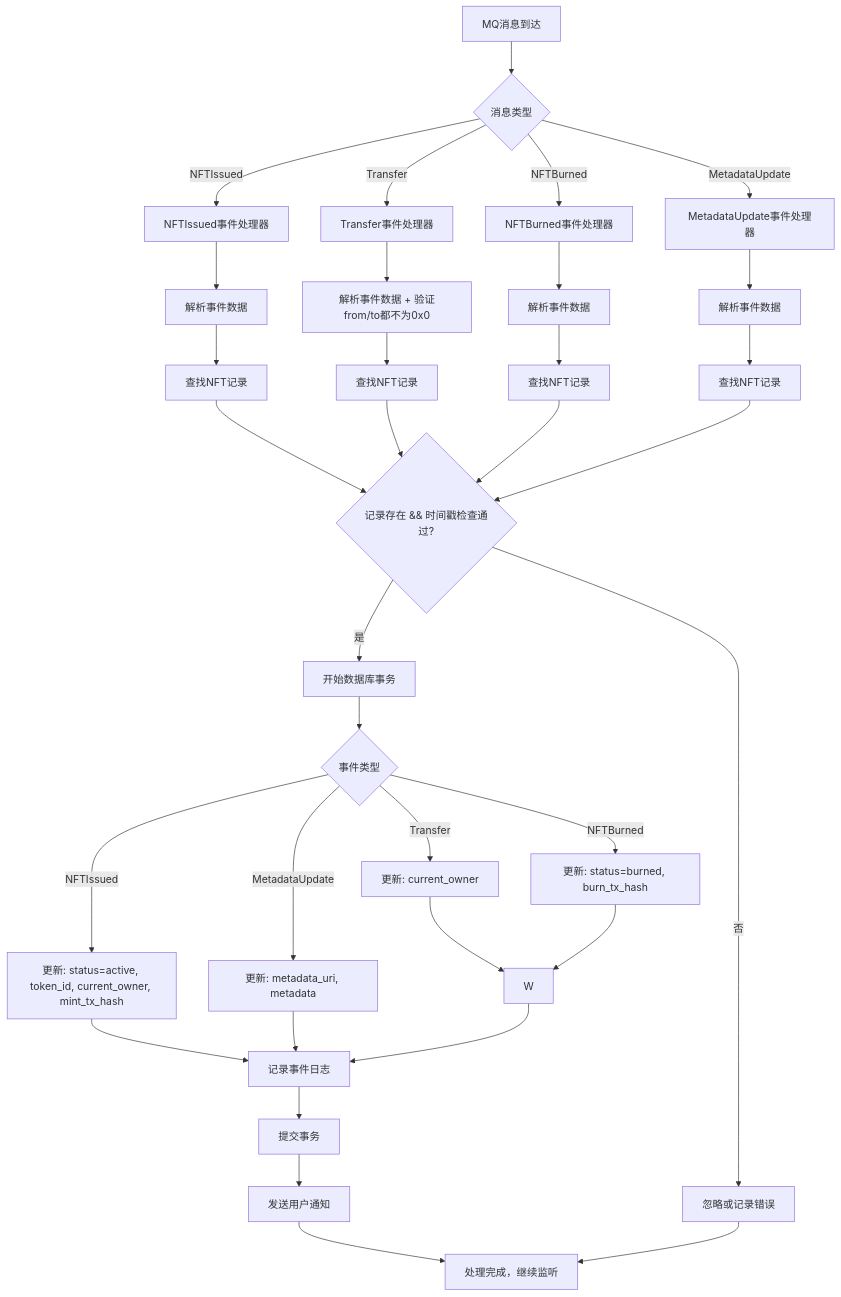
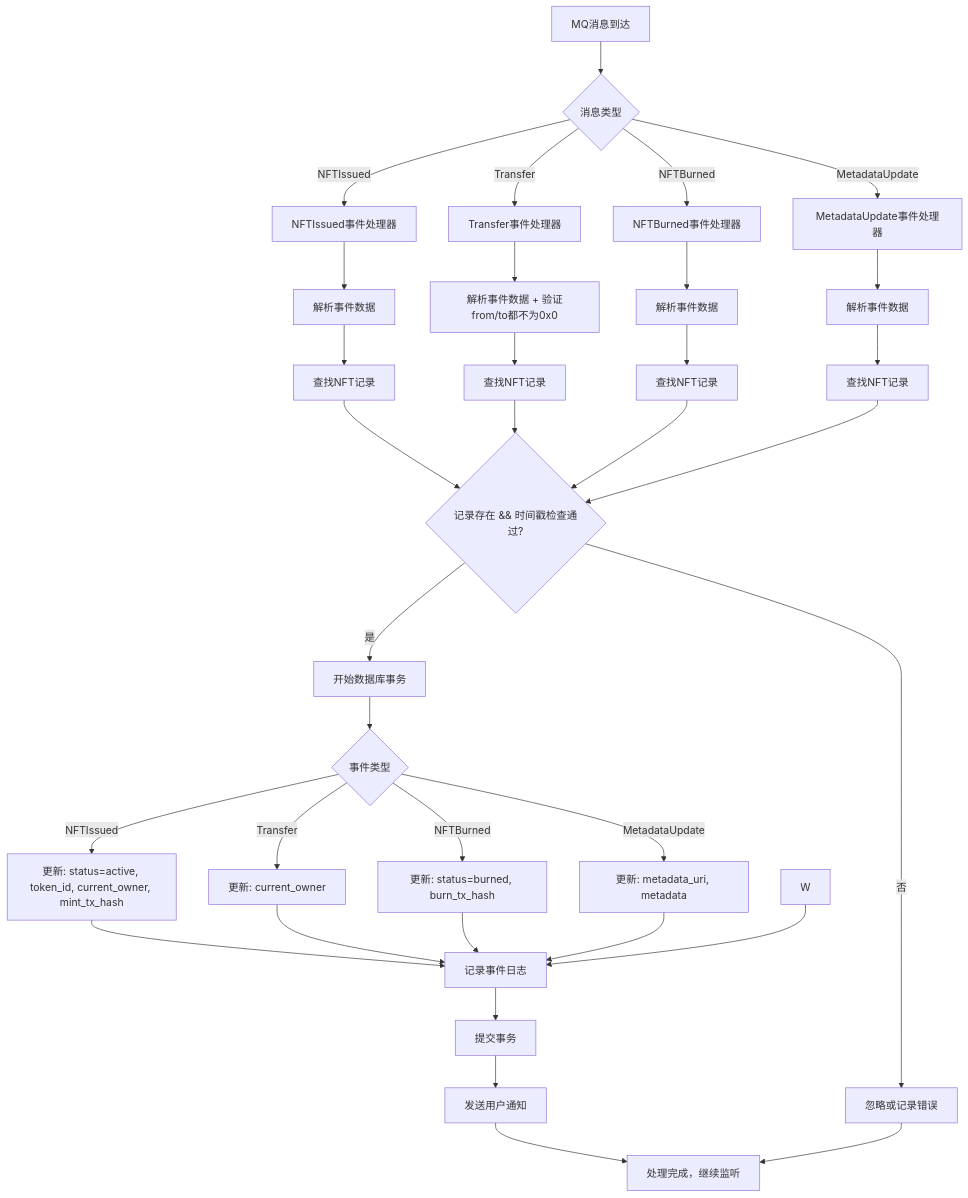
The diagram in all/未命名-71.md (yingjianzh/iodraw-files), drawn with Mermaid before and after one commit.

Commit message:
2025-07-03 17:40:33 update

````diff
--- a/all/未命名-71.md
+++ b/all/未命名-71.md
@@ -1,47 +1,47 @@
 ```mermaid
 flowchart TD
     A[MQ消息到达] --> B{消息类型}
     
     %% 四种事件类型
     B -->|NFTIssued| C[NFTIssued事件处理器]
     B -->|Transfer| D[Transfer事件处理器]
     B -->|NFTBurned| E[NFTBurned事件处理器]
     B -->|MetadataUpdate| F[MetadataUpdate事件处理器]
     
     %% 通用处理流程
     C --> G[解析事件数据]
     D --> H[解析事件数据 + 验证from/to都不为0x0]
     E --> I[解析事件数据]
     F --> J[解析事件数据]
     
     G --> K[查找NFT记录]
     H --> L[查找NFT记录]
     I --> M[查找NFT记录]
     J --> N[查找NFT记录]
     
     K --> O{记录存在 && 时间戳检查通过?}
     L --> O
     M --> O
     N --> O
     
     O -->|否| P[忽略或记录错误]
     O -->|是| Q[开始数据库事务]
     
     Q --> R{事件类型}
     R -->|NFTIssued| S[更新: status=active, token_id, current_owner, mint_tx_hash]
     R -->|Transfer| T[更新: current_owner]
     R -->|NFTBurned| U[更新: status=burned, burn_tx_hash]
     R -->|MetadataUpdate| V[更新: metadata_uri, metadata]
     
     S --> X
-    T --> W
-    U --> W
+    T --> X
+    U --> X
     V --> X[记录事件日志]
     
     W --> X
     X --> Y[提交事务]
     Y --> Z[发送用户通知]
     Z --> AA[处理完成，继续监听]
     
     P --> AA
 ```
````
